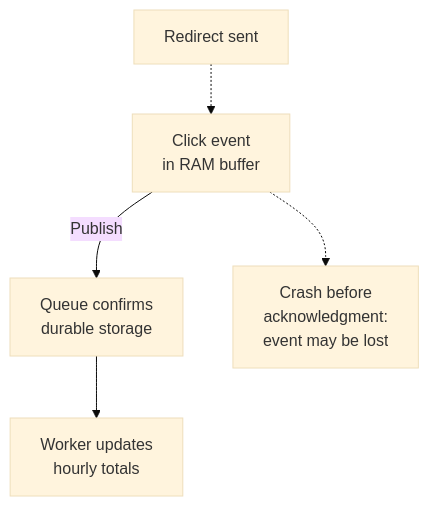
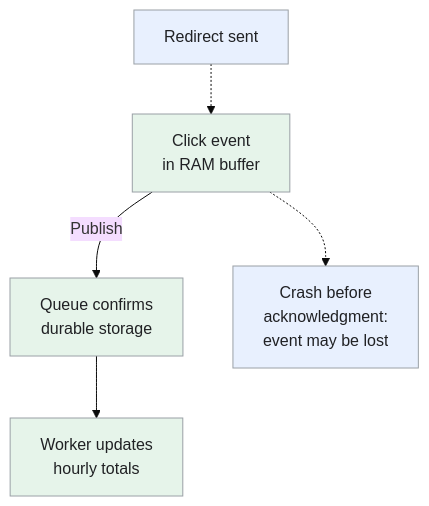
The sixth of 6 diagrams in _designs/system-design-bitly-url-shortener.md (iliazlobin/iliazlobin.github.io), drawn with Mermaid (base theme) before and after one commit. The commit also changed other lines of this file and 20 other files, not shown here.

Commit message:
Improve design flows, tradeoffs, and technology references

````diff
--- a/_designs/system-design-bitly-url-shortener.md
+++ b/_designs/system-design-bitly-url-shortener.md
@@ -495,7 +528,12 @@
 ```mermaid
 flowchart TB
     Response["Redirect sent"] -.-> Buffer["Click event<br>in RAM buffer"]
     Buffer -->|"Publish"| Queue["Queue confirms<br>durable storage"]
     Queue --> Worker["Worker updates<br>hourly totals"]
     Buffer -.-> Loss["Crash before<br>acknowledgment:<br>event may be lost"]
+  classDef request fill:#e8f0fe,stroke:#9aa0a6,color:#202124,stroke-width:1px
+  classDef background fill:#e6f4ea,stroke:#9aa0a6,color:#202124,stroke-width:1px
+  classDef control fill:#fef7e0,stroke:#9aa0a6,color:#202124,stroke-width:1px
+  class Response,Loss request
+  class Buffer,Queue,Worker background
 ```
````
